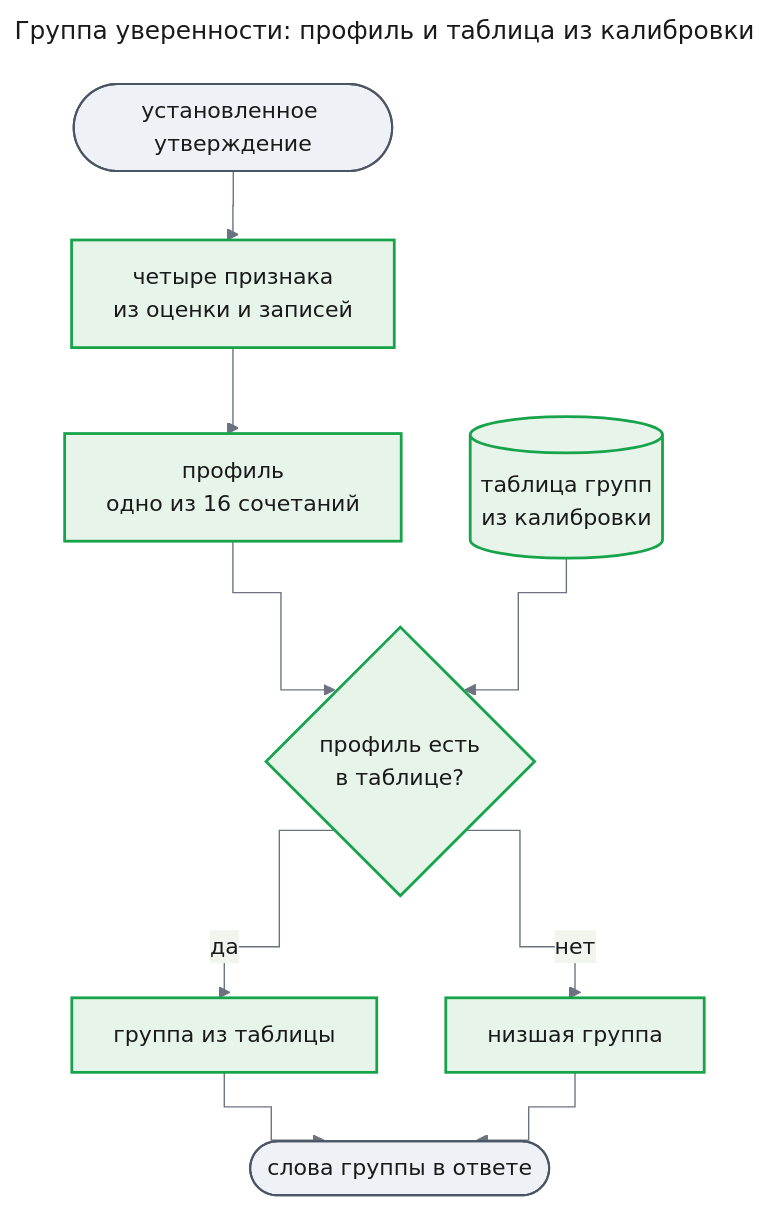
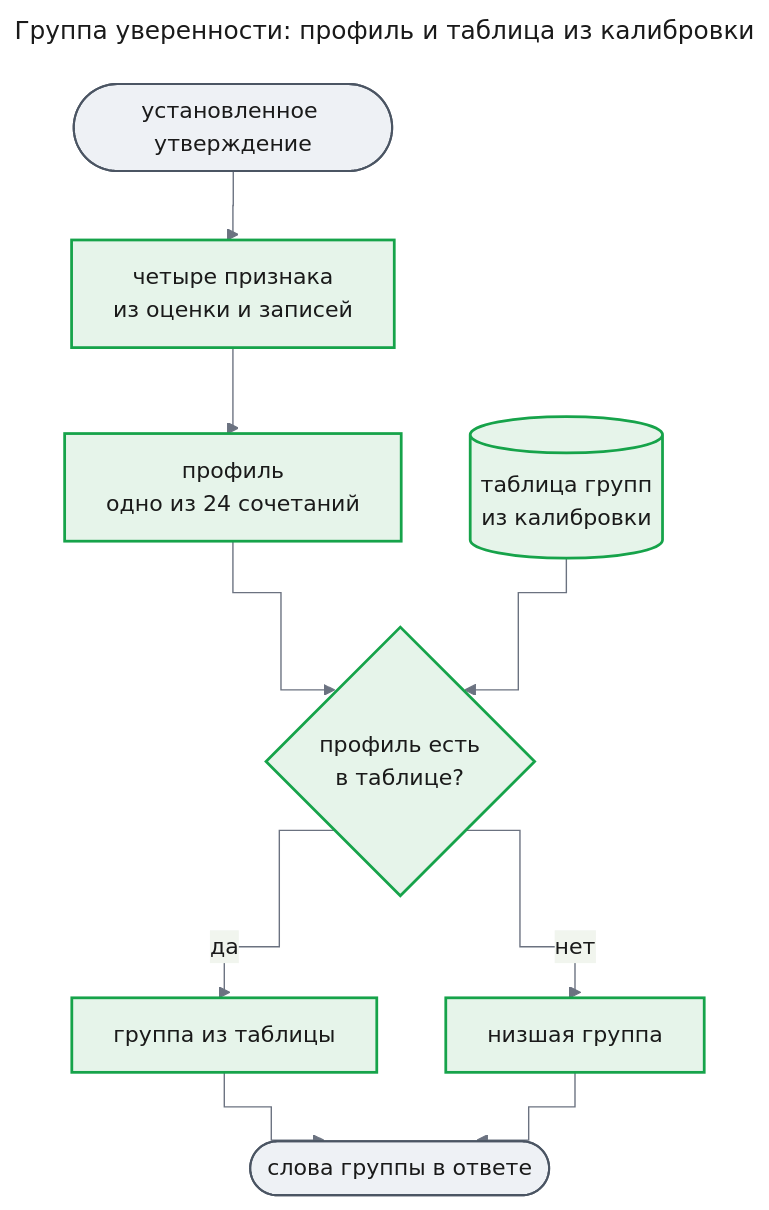
The eighth of 21 diagrams in docs/features/agent-quality/design-engine.md (tundraray/agent-os), drawn with Mermaid before and after one commit. The commit also changed other lines of this file and 7 other files, not shown here.

````diff
--- a/docs/features/agent-quality/design-engine.md
+++ b/docs/features/agent-quality/design-engine.md
@@ -617,32 +678,32 @@
 ```mermaid
 ---
 title: "Группа уверенности: профиль и таблица из калибровки"
 config:
   theme: base
   look: classic
   themeVariables:
     primaryColor: "#eef1f5"
     primaryBorderColor: "#4b5563"
     primaryTextColor: "#1a1a1a"
     lineColor: "#6b7280"
   flowchart:
     curve: step
 ---
 flowchart TB
     in(["установленное утверждение"])
     feats["четыре признака<br/>из оценки и записей"]
-    prof["профиль<br/>одно из 16 сочетаний"]
+    prof["профиль<br/>одно из 24 сочетаний"]
     tab[("таблица групп<br/>из калибровки")]
     q{"профиль есть<br/>в таблице?"}
     grp["группа из таблицы"]
     low["низшая группа"]
     out(["слова группы в ответе"])
     in --> feats --> prof --> q
     tab --> q
     q -->|"да"| grp --> out
     q -->|"нет"| low --> out
     classDef new fill:#e6f4ea,stroke:#16a34a,stroke-width:2px,color:#1a1a1a
     classDef unchanged fill:#eef1f5,stroke:#4b5563,stroke-width:1.5px,color:#1a1a1a
     class feats,prof,tab,q,grp,low new
     class in,out unchanged
 ```
````
